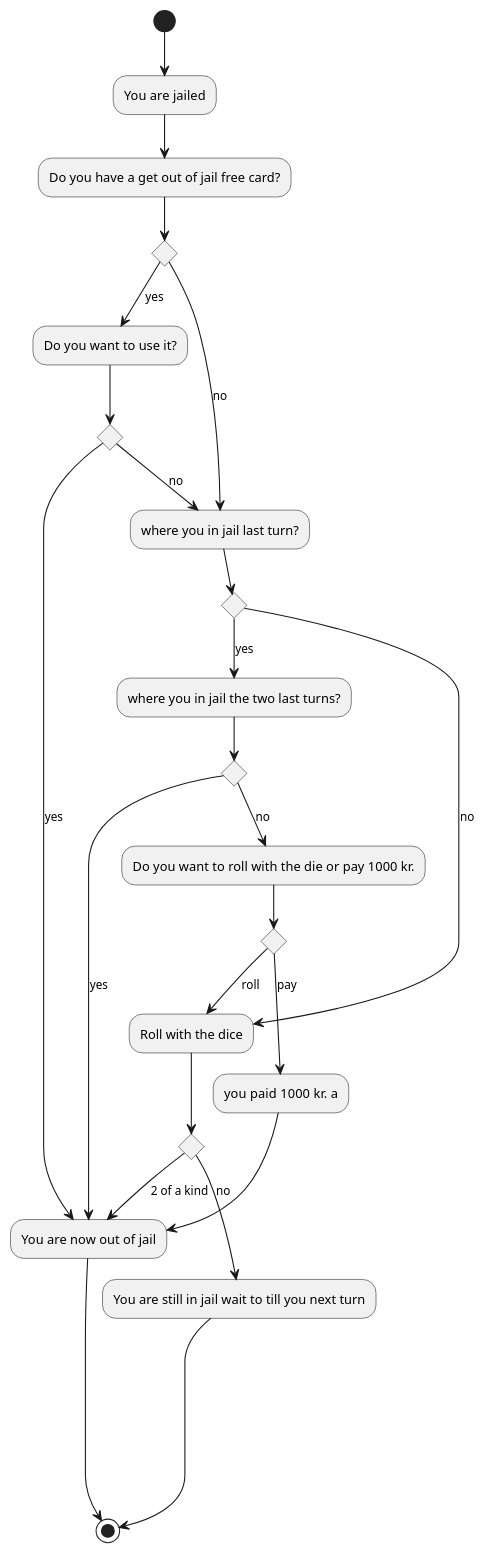
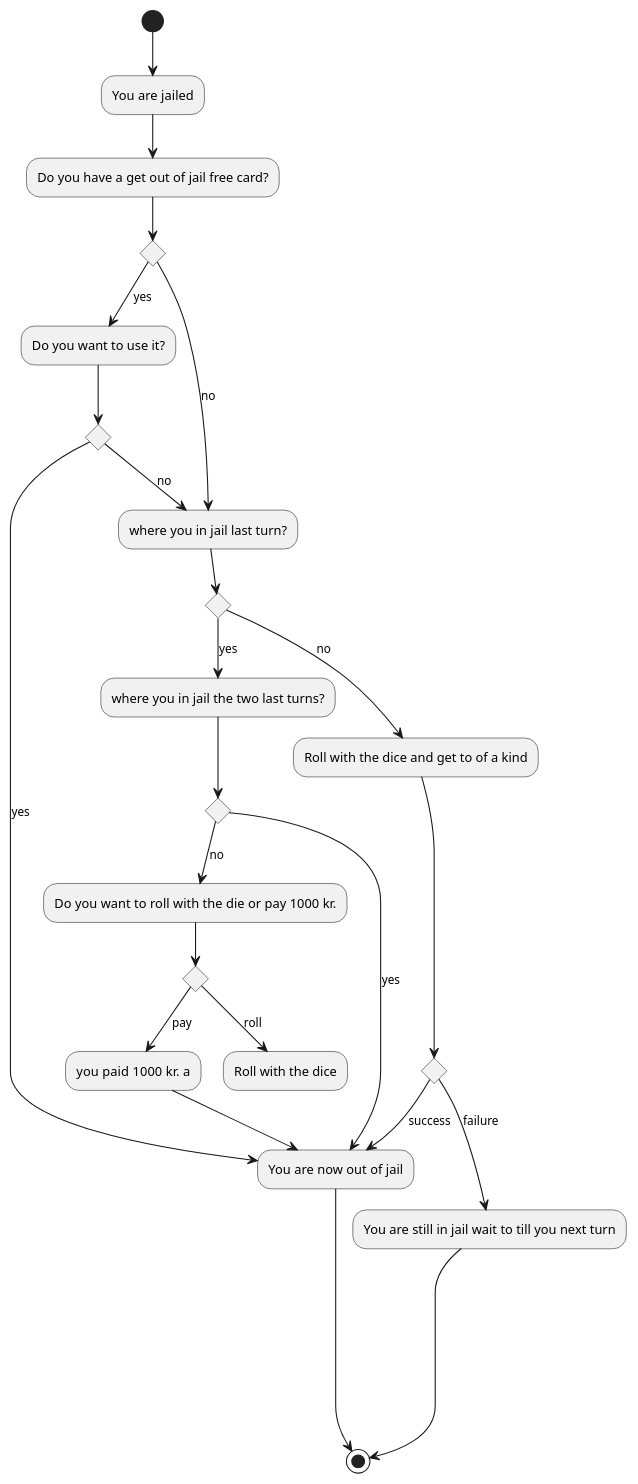
The diagram in UML/Activity/Jailedturn.puml (christianhyltoft/GAMEassignment), drawn with PlantUML before and after one commit. The commit also changed 1 other file, not shown here.

Commit message:
updated uml

```diff
--- a/UML/Activity/Jailedturn.puml
+++ b/UML/Activity/Jailedturn.puml
@@ -1,38 +1,38 @@
 @startuml
 'https://plantuml.com/activity-diagram-beta
 
 (*) --> "You are jailed"
 -->"Do you have a get out of jail free card?"
 if "" then
  --> [yes] "Do you want to use it?"
  if ""
  -->[yes]"You are now out of jail"
    -down----->(*)
    else
    -->[no]"where you in jail last turn?"
    endif
 else
 -->[no]  "where you in jail last turn?"
 if ""
--->[no]"Roll with the dice"
+-->[no]"Roll with the dice and get to of a kind"
 if ""
--->[2 of a kind]"You are now out of jail"
+-->[success]"You are now out of jail"
 else
--->[no]"You are still in jail wait to till you next turn"
+-->[failure]"You are still in jail wait to till you next turn"
 -->(*)
 endif
 else
 -->[yes]"where you in jail the two last turns?"
 if ""
 -->[yes]"You are now out of jail"
 else
 -->[no]"Do you want to roll with the die or pay 1000 kr."
 if ""
 -->[roll]"Roll with the dice"
 else
 -->[pay]"you paid 1000 kr. a"
 -->"You are now out of jail"
 
 
 
 @enduml
```
